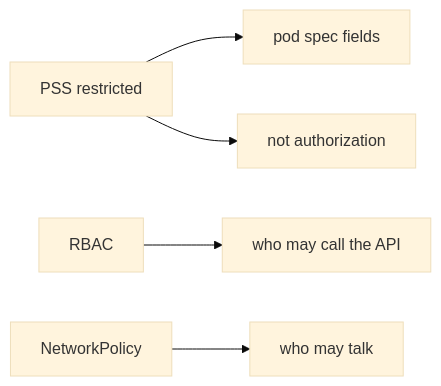
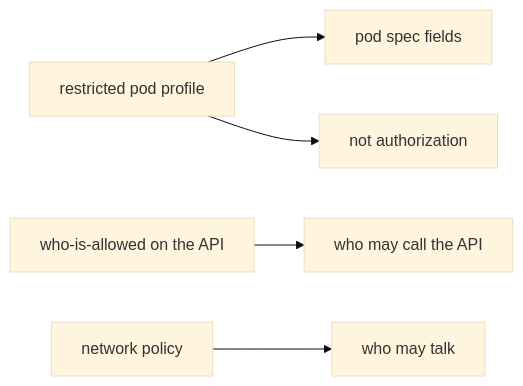
One commit to ishitvagoel/LearnSecurity changed the second of 2 diagrams in content/modules/10/10.3/lessons/01-property.md. Above: the diagram before and after it, drawn with Mermaid (base theme). The commit also changed other lines of this file and 39 other files, not shown here.

````diff
--- a/content/modules/10/10.3/lessons/01-property.md
+++ b/content/modules/10/10.3/lessons/01-property.md
@@ -29,7 +30,7 @@
 ```mermaid
 flowchart LR
-  Pss[PSS restricted] --> Spec[pod spec fields]
-  Rbac[RBAC] --> Api[who may call the API]
-  Net[NetworkPolicy] --> Egress[who may talk]
+  Pss[restricted pod profile] --> Spec[pod spec fields]
+  Rbac[who-is-allowed on the API] --> Api[who may call the API]
+  Net[network policy] --> Egress[who may talk]
   Pss --> NotRbac[not authorization]
 ```
````
